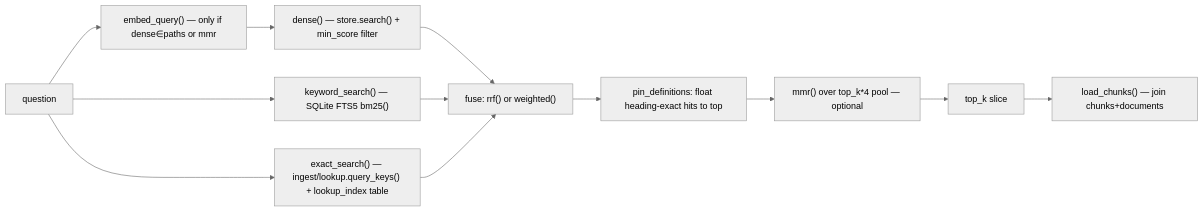
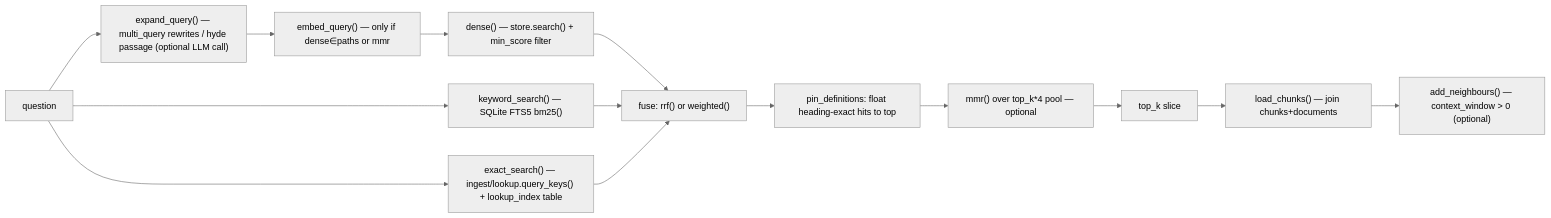
Before and after one commit to anurag-njr11/Rag-Labs: the second of 6 diagrams in DEVELOPER_ARCHITECTURE.md, drawn with Mermaid (neutral theme). The commit also changed other lines of this file and 37 other files, not shown here.

First line of the commit message:
Phase 2: facets + failure modes 5-7, judge model, nDCG/p95, OKF metadata + staleness, retrieval-miss gaps, semantic chunker, query expansion, context window

````diff
--- a/DEVELOPER_ARCHITECTURE.md
+++ b/DEVELOPER_ARCHITECTURE.md
@@ -419,14 +420,16 @@
 ```mermaid
 flowchart LR
-    Q["question"] --> QE["embed_query() — only if dense∈paths or mmr"]
+    Q["question"] --> QX["expand_query() — multi_query rewrites / hyde passage (optional LLM call)"]
+    QX --> QE["embed_query() — only if dense∈paths or mmr"]
     Q --> KW["keyword_search() — SQLite FTS5 bm25()"]
     Q --> EX["exact_search() — ingest/lookup.query_keys() + lookup_index table"]
     QE --> D["dense() — store.search() + min_score filter"]
     D --> FUSE["fuse: rrf() or weighted()"]
     KW --> FUSE
     EX --> FUSE
     FUSE --> PIN["pin_definitions: float heading-exact hits to top"]
     PIN --> MMRSTEP["mmr() over top_k*4 pool — optional"]
     MMRSTEP --> TOPK["top_k slice"]
     TOPK --> LOAD["load_chunks() — join chunks+documents"]
+    LOAD --> WIN["add_neighbours() — context_window > 0 (optional)"]
 ```
````
